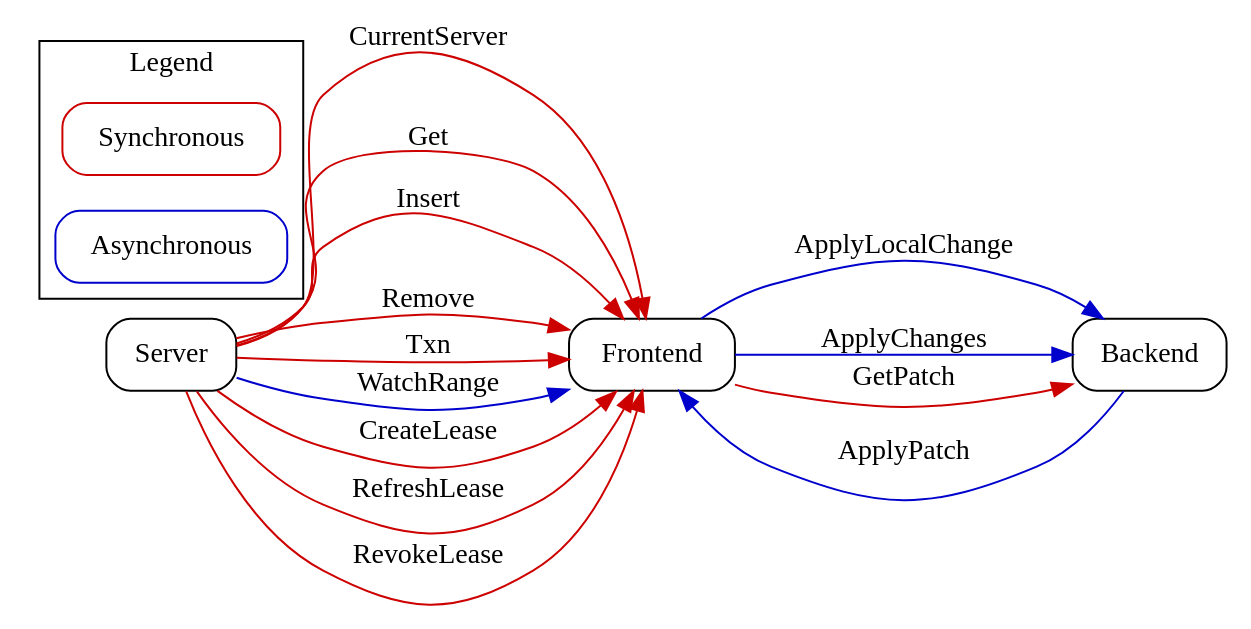
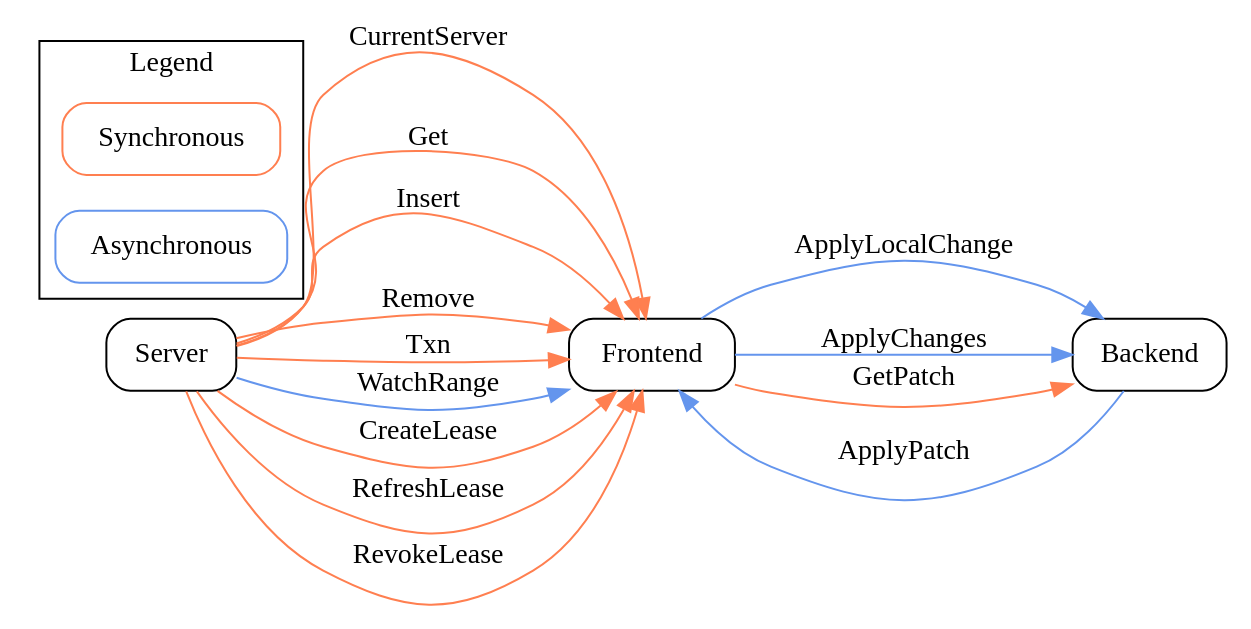
Before and after one commit to jeffa5/mergeable-etcd: the diagram in diagrams/messages.dot, drawn with Graphviz. The commit also changed 1 other file, not shown here.

```diff
--- a/diagrams/messages.dot
+++ b/diagrams/messages.dot
@@ -1,30 +1,30 @@
 digraph G {
   rankdir=LR;
   node[shape=rectangle,style=rounded];
 
   server[label="Server"];
   frontend[label="Frontend"];
   backend[label="Backend"];
 
-  server -> frontend [ label="CurrentServer",color="red3" ];
-  server -> frontend [ label="Get",color="red3" ];
-  server -> frontend [ label="Insert",color="red3" ];
-  server -> frontend [ label="Remove",color="red3" ];
-  server -> frontend [ label="Txn",color="red3" ];
-  server -> frontend [ label="WatchRange",color="blue3" ];
-  server -> frontend [ label="CreateLease",color="red3" ];
-  server -> frontend [ label="RefreshLease",color="red3" ];
-  server -> frontend [ label="RevokeLease",color="red3" ];
+  server -> frontend [ label="CurrentServer",color="coral" ];
+  server -> frontend [ label="Get",color="coral" ];
+  server -> frontend [ label="Insert",color="coral" ];
+  server -> frontend [ label="Remove",color="coral" ];
+  server -> frontend [ label="Txn",color="coral" ];
+  server -> frontend [ label="WatchRange",color="cornflowerblue" ];
+  server -> frontend [ label="CreateLease",color="coral" ];
+  server -> frontend [ label="RefreshLease",color="coral" ];
+  server -> frontend [ label="RevokeLease",color="coral" ];
 
-  backend -> frontend [ label="ApplyPatch",color="blue3" ];
+  backend -> frontend [ label="ApplyPatch",color="cornflowerblue" ];
 
-  frontend -> backend [ label="ApplyLocalChange",color="blue3" ];
-  frontend -> backend [ label="ApplyChanges",color="blue3" ];
-  frontend -> backend [ label="GetPatch",color="red3" ];
+  frontend -> backend [ label="ApplyLocalChange",color="cornflowerblue" ];
+  frontend -> backend [ label="ApplyChanges",color="cornflowerblue" ];
+  frontend -> backend [ label="GetPatch",color="coral" ];
 
   subgraph cluster_0 {
     label = "Legend";
-    a [color=red3,label="Synchronous"]
-    b [color=blue3,label="Asynchronous"]
+    a [color=coral,label="Synchronous"]
+    b [color=cornflowerblue,label="Asynchronous"]
   }
 }
```
